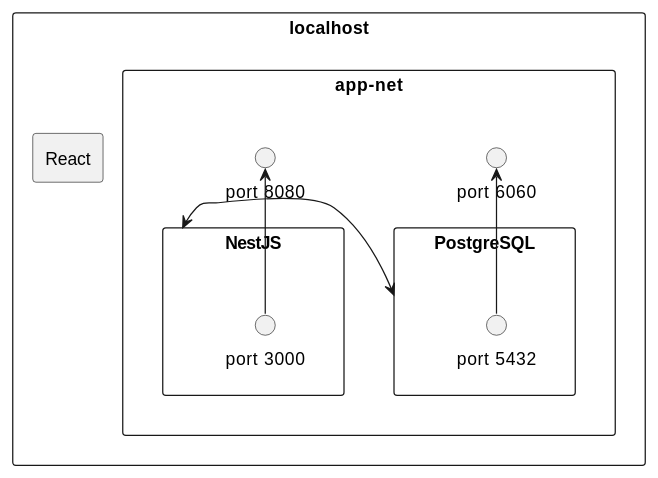
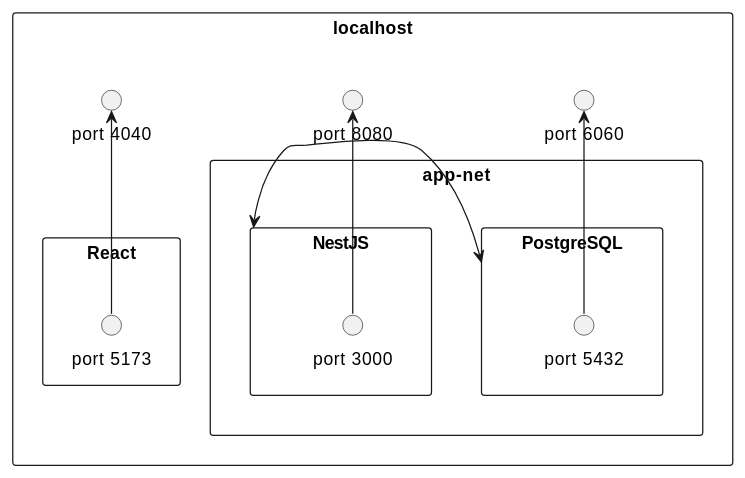
The diagram in docs/README.adoc (eprei/42_ft_transcendence), drawn with PlantUML before and after one commit. The commit also changed 1 other file, not shown here.

Commit message:
docs: update the schema

```diff
--- a/docs/README.adoc
+++ b/docs/README.adoc
@@ -8,20 +8,25 @@
 [plantuml, target=assets/docker, format=svg, width=100%]
 ....
 rectangle localhost {
+	circle "port 8080" as portout_nest
+	circle "port 6060" as portout_postgre
 	rectangle app-net {
 		rectangle NestJS {
-			interface "port 3000" as portin_nest
+			circle "port 3000" as portin_nest
 		}
 		rectangle PostgreSQL {
-			interface "port 5432" as portin_postgre
+			circle "port 5432" as portin_postgre
 		}
-		interface "port 8080" as portout_nest
-		interface "port 6060" as portout_postgre
 	}
-	rectangle React
+
+	circle "port 4040" as portout_react
+	rectangle React {
+		circle "port 5173" as portin_react
+	}
 }
 
+portin_react -up-> portout_react
 portin_nest -up-> portout_nest
 portin_postgre -up-> portout_postgre
 NestJS <-le-> PostgreSQL
 ....
```
